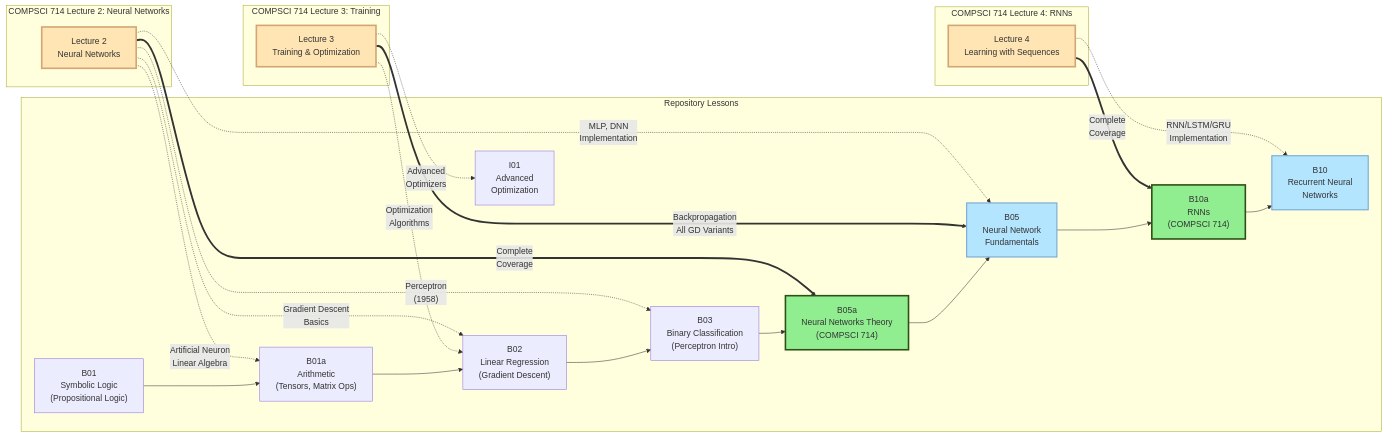
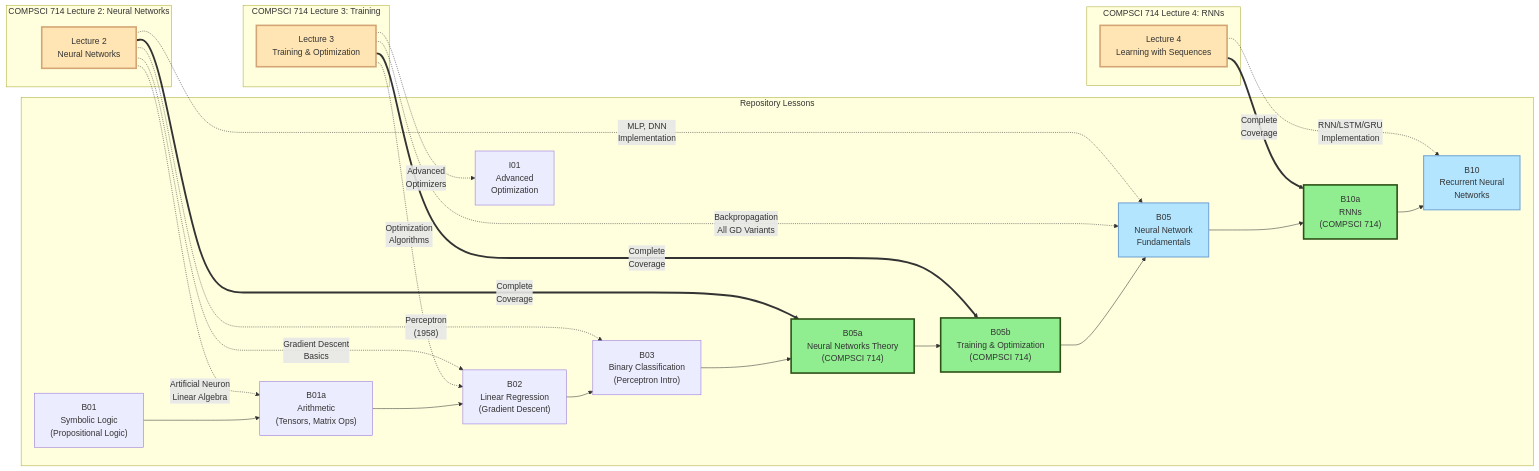
The first of 11 diagrams in Basic/README.md (nexageapps/AI), drawn with Mermaid before and after one commit. The commit also changed other lines of this file, not shown here.

````diff
--- a/Basic/README.md
+++ b/Basic/README.md
@@ -61,50 +61,53 @@
 ```mermaid
 graph LR
     subgraph "COMPSCI 714 Lecture 2: Neural Networks"
         L2["Lecture 2<br/>Neural Networks"]
     end
     
     subgraph "COMPSCI 714 Lecture 3: Training"
         L3["Lecture 3<br/>Training & Optimization"]
     end
     
     subgraph "COMPSCI 714 Lecture 4: RNNs"
         L4["Lecture 4<br/>Learning with Sequences"]
     end
     
     subgraph "Repository Lessons"
         B01["B01<br/>Symbolic Logic<br/>(Propositional Logic)"]
         B01a["B01a<br/>Arithmetic<br/>(Tensors, Matrix Ops)"]
         B02["B02<br/>Linear Regression<br/>(Gradient Descent)"]
         B03["B03<br/>Binary Classification<br/>(Perceptron Intro)"]
         B05a["B05a<br/>Neural Networks Theory<br/>(COMPSCI 714)"]
+        B05b["B05b<br/>Training & Optimization<br/>(COMPSCI 714)"]
         B05["B05<br/>Neural Network<br/>Fundamentals"]
         B10a["B10a<br/>RNNs<br/>(COMPSCI 714)"]
         B10["B10<br/>Recurrent Neural<br/>Networks"]
         I01["I01<br/>Advanced<br/>Optimization"]
     end
     
     L2 -.->|"Artificial Neuron<br/>Linear Algebra"| B01a
     L2 -.->|"Gradient Descent<br/>Basics"| B02
     L2 -.->|"Perceptron<br/>(1958)"| B03
     L2 ==>|"Complete<br/>Coverage"| B05a
     L2 -.->|"MLP, DNN<br/>Implementation"| B05
     
     L3 -.->|"Optimization<br/>Algorithms"| B02
-    L3 ==>|"Backpropagation<br/>All GD Variants"| B05
+    L3 ==>|"Complete<br/>Coverage"| B05b
+    L3 -.->|"Backpropagation<br/>All GD Variants"| B05
     L3 -.->|"Advanced<br/>Optimizers"| I01
     
     L4 ==>|"Complete<br/>Coverage"| B10a
     L4 -.->|"RNN/LSTM/GRU<br/>Implementation"| B10
     
-    B01 --> B01a --> B02 --> B03 --> B05a --> B05
+    B01 --> B01a --> B02 --> B03 --> B05a --> B05b --> B05
     B05 --> B10a --> B10
     
     style L2 fill:#FFE5B4,stroke:#D4A574,stroke-width:3px
     style L3 fill:#FFE5B4,stroke:#D4A574,stroke-width:3px
     style L4 fill:#FFE5B4,stroke:#D4A574,stroke-width:3px
     style B05a fill:#90EE90,stroke:#2d5016,stroke-width:3px
+    style B05b fill:#90EE90,stroke:#2d5016,stroke-width:3px
     style B10a fill:#90EE90,stroke:#2d5016,stroke-width:3px
     style B05 fill:#B4E5FF,stroke:#74A5D4,stroke-width:2px
     style B10 fill:#B4E5FF,stroke:#74A5D4,stroke-width:2px
 ```
````
